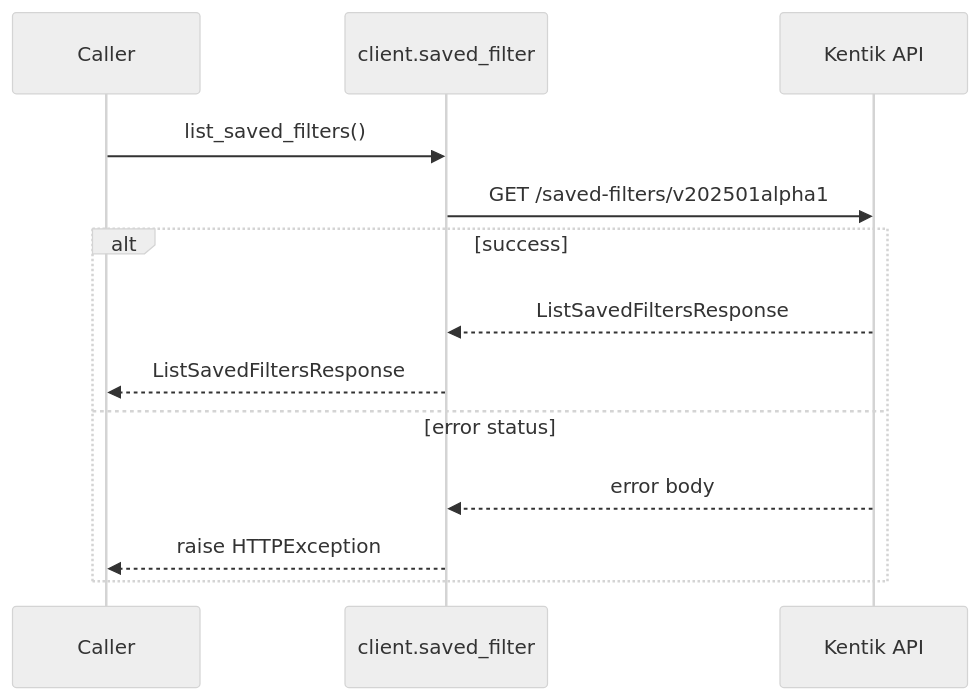
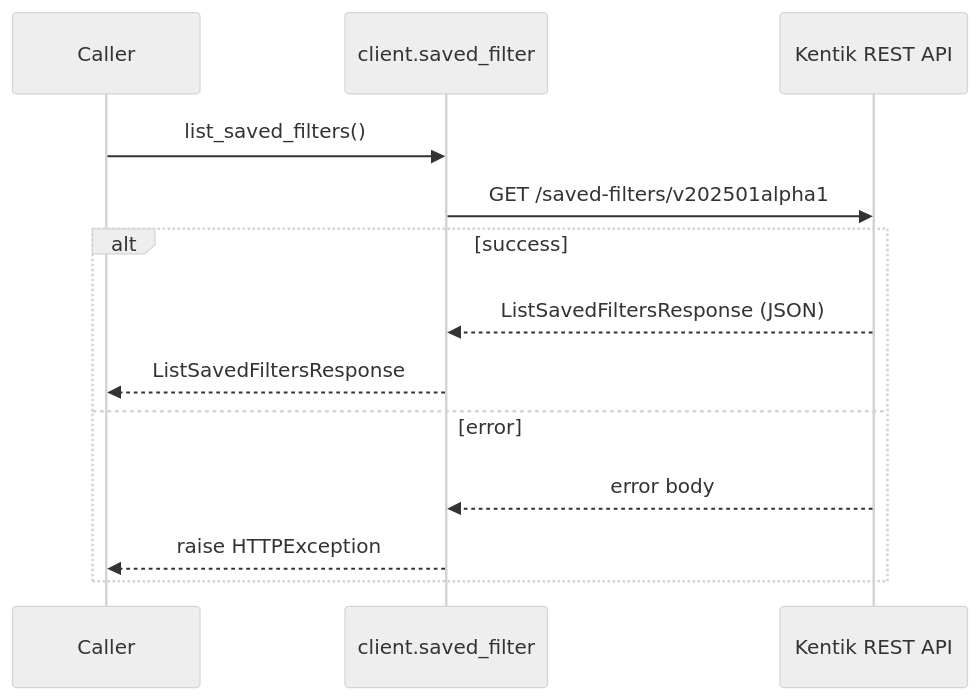
One commit to alexdearaujo/community_sdk_python changed the tenth of 14 diagrams in docs/sphinx/services/saved_filter.md. Above: the diagram before and after it, drawn with Mermaid (neutral theme). The commit also changed other lines of this file and 61 other files, not shown here.

````diff
--- a/docs/sphinx/services/saved_filter.md
+++ b/docs/sphinx/services/saved_filter.md
@@ -232,16 +334,16 @@
 ```mermaid
 sequenceDiagram
     participant C as Caller
     participant W as client.saved_filter
-    participant API as Kentik API
+    participant API as Kentik REST API
 
     C->>W: list_saved_filters()
     W->>API: GET /saved-filters/v202501alpha1
     alt success
-        API-->>W: ListSavedFiltersResponse
+        API-->>W: ListSavedFiltersResponse (JSON)
         W-->>C: ListSavedFiltersResponse
-    else error status
+    else error
         API-->>W: error body
         W-->>C: raise HTTPException
     end
 ```
````
